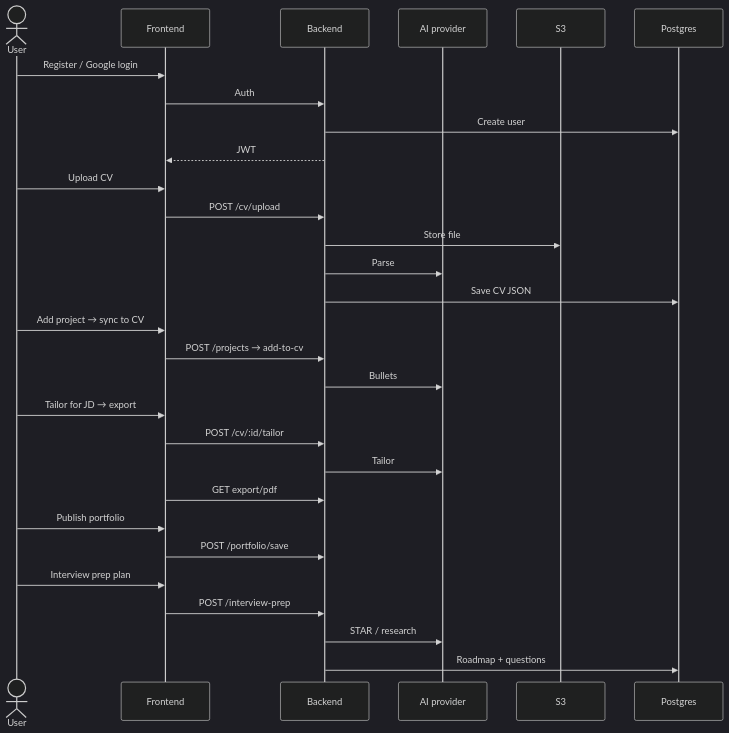
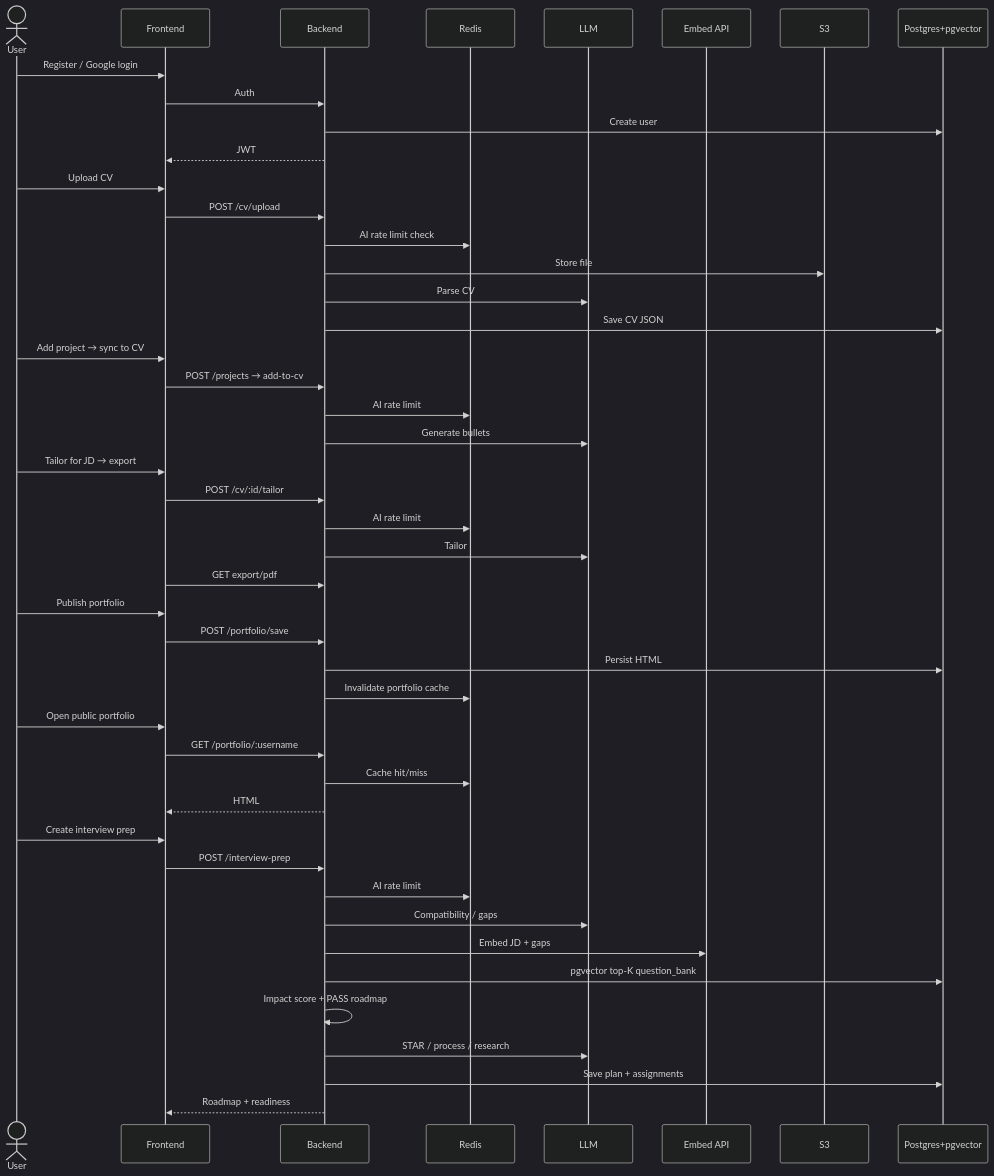
One commit to dainv123/resumate changed the third of 13 diagrams in README.md. Above: the diagram before and after it, drawn with Mermaid (dark theme). The commit also changed other lines of this file, not shown here.

````diff
--- a/README.md
+++ b/README.md
@@ -134,37 +141,55 @@
 ```mermaid
 sequenceDiagram
   actor U as User
   participant FE as Frontend
   participant BE as Backend
-  participant AI as AI provider
+  participant RL as Redis
+  participant AI as LLM
+  participant Emb as Embed API
   participant S3 as S3
-  participant DB as Postgres
+  participant DB as Postgres+pgvector
 
   U->>FE: Register / Google login
   FE->>BE: Auth
   BE->>DB: Create user
   BE-->>FE: JWT
 
   U->>FE: Upload CV
   FE->>BE: POST /cv/upload
+  BE->>RL: AI rate limit check
   BE->>S3: Store file
-  BE->>AI: Parse
+  BE->>AI: Parse CV
   BE->>DB: Save CV JSON
 
   U->>FE: Add project → sync to CV
   FE->>BE: POST /projects → add-to-cv
-  BE->>AI: Bullets
+  BE->>RL: AI rate limit
+  BE->>AI: Generate bullets
 
   U->>FE: Tailor for JD → export
   FE->>BE: POST /cv/:id/tailor
+  BE->>RL: AI rate limit
   BE->>AI: Tailor
   FE->>BE: GET export/pdf
 
   U->>FE: Publish portfolio
   FE->>BE: POST /portfolio/save
+  BE->>DB: Persist HTML
+  BE->>RL: Invalidate portfolio cache
 
-  U->>FE: Interview prep plan
+  U->>FE: Open public portfolio
+  FE->>BE: GET /portfolio/:username
+  BE->>RL: Cache hit/miss
+  BE-->>FE: HTML
+
+  U->>FE: Create interview prep
   FE->>BE: POST /interview-prep
-  BE->>AI: STAR / research
-  BE->>DB: Roadmap + questions
+  BE->>RL: AI rate limit
+  BE->>AI: Compatibility / gaps
+  BE->>Emb: Embed JD + gaps
+  BE->>DB: pgvector top-K question_bank
+  BE->>BE: Impact score + PASS roadmap
+  BE->>AI: STAR / process / research
+  BE->>DB: Save plan + assignments
+  BE-->>FE: Roadmap + readiness
 ```
````
